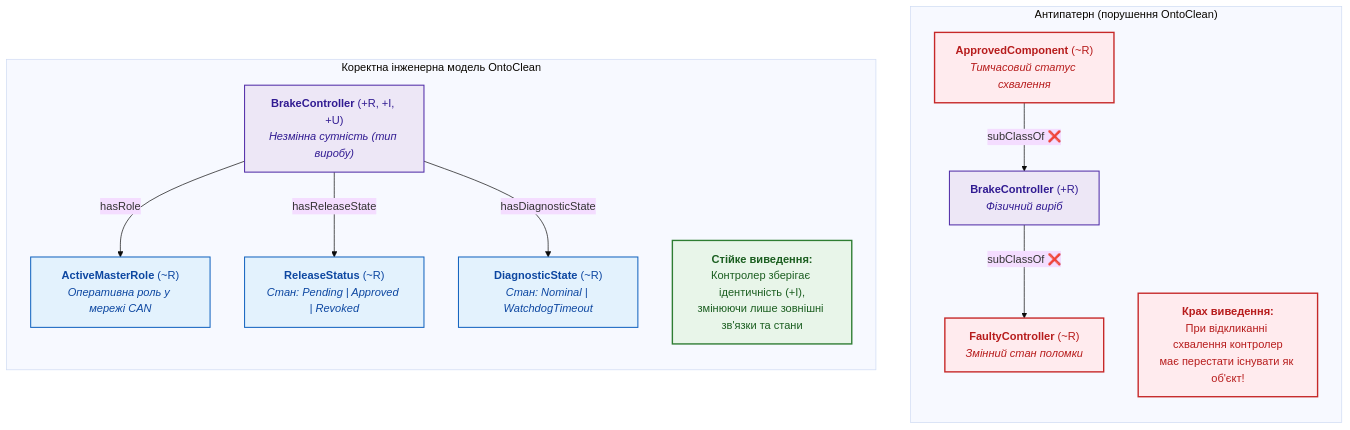
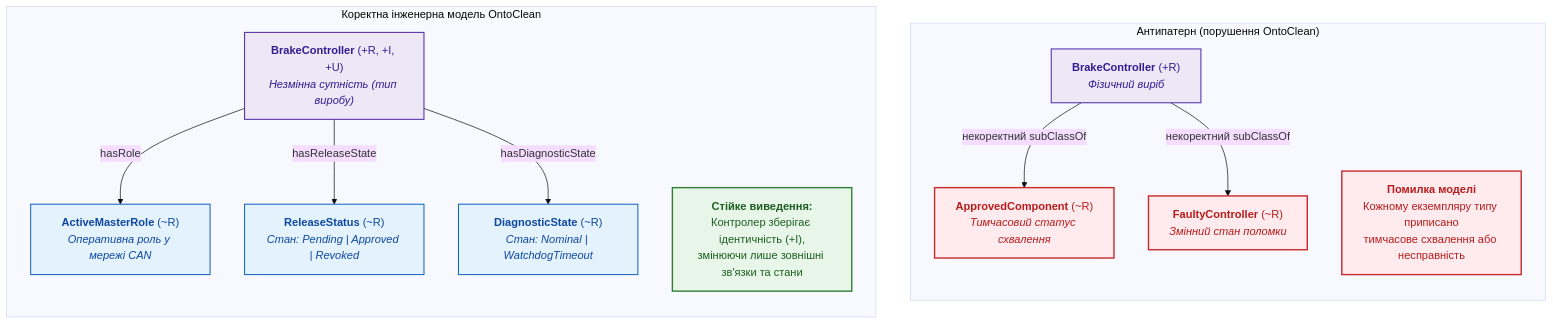
One commit to nick-fedchik/articles changed the fourth of 8 diagrams in ExpertSystem/ch07-knowledge-base-typology.md. Above: the diagram before and after it, drawn with Mermaid (base theme). The commit also changed other lines of this file and 19 other files, not shown here.

````diff
--- a/ExpertSystem/ch07-knowledge-base-typology.md
+++ b/ExpertSystem/ch07-knowledge-base-typology.md
@@ -596,40 +668,40 @@
 ```mermaid
 flowchart TD
-    accTitle: Порівняння помилкової таксономії та коректної моделі OntoClean
+  accTitle: Порівняння помилкової таксономії та коректної моделі OntoClean
     accDescr: Діаграма демонструє антипатерн, де тимчасові ролі й стани використовуються як суперкласи, та коректну архітектуру, де сутність відокремлена від станів і ролей.
 
     subgraph Bad["Антипатерн (порушення OntoClean)"]
         direction TB
         B_Role["<b>ApprovedComponent</b> (~R)<br/><i>Тимчасовий статус схвалення</i>"]
         B_Type["<b>BrakeController</b> (+R)<br/><i>Фізичний виріб</i>"]
         B_Fault["<b>FaultyController</b> (~R)<br/><i>Змінний стан поломки</i>"]
         
-        B_Role -->|"subClassOf ❌"| B_Type
-        B_Type -->|"subClassOf ❌"| B_Fault
-        B_Note["<b>Крах виведення:</b><br/>При відкликанні схвалення контролер<br/>має перестати існувати як об'єкт!"]
+        B_Type -->|"некоректний subClassOf"| B_Role
+        B_Type -->|"некоректний subClassOf"| B_Fault
+        B_Note["<b>Помилка моделі</b><br/>Кожному екземпляру типу приписано<br/>тимчасове схвалення або несправність"]
     end
 
     subgraph Good["Коректна інженерна модель OntoClean"]
         direction TB
         G_Type["<b>BrakeController</b> (+R, +I, +U)<br/><i>Незмінна сутність (тип виробу)</i>"]
         G_Role["<b>ActiveMasterRole</b> (~R)<br/><i>Оперативна роль у мережі CAN</i>"]
         G_State["<b>ReleaseStatus</b> (~R)<br/><i>Стан: Pending | Approved | Revoked</i>"]
         G_Diag["<b>DiagnosticState</b> (~R)<br/><i>Стан: Nominal | WatchdogTimeout</i>"]
 
         G_Type -->|"hasRole"| G_Role
         G_Type -->|"hasReleaseState"| G_State
         G_Type -->|"hasDiagnosticState"| G_Diag
         G_Correct["<b>Стійке виведення:</b><br/>Контролер зберігає ідентичність (+I),<br/>змінюючи лише зовнішні зв'язки та стани"]
     end
 
     classDef badBox fill:#ffebee,stroke:#c62828,stroke-width:2px,color:#b71c1c;
     classDef goodBox fill:#e8f5e9,stroke:#2e7d32,stroke-width:2px,color:#1b5e20;
     classDef nodeType fill:#ede7f6,stroke:#512da8,stroke-width:1.5px,color:#311b92;
     classDef nodeAttr fill:#e3f2fd,stroke:#1565c0,stroke-width:1.5px,color:#0d47a1;
 
     class B_Role,B_Fault,B_Note badBox;
     class B_Type nodeType;
     class G_Type nodeType;
     class G_Role,G_State,G_Diag nodeAttr;
     class G_Correct goodBox;
 ```
````
